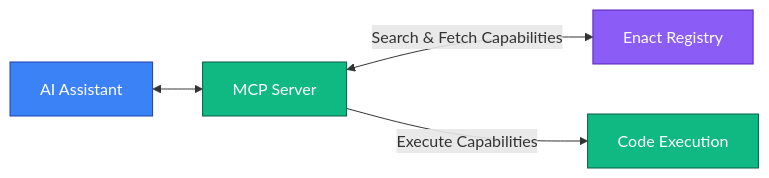
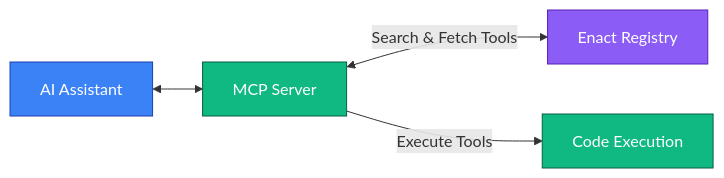
One commit to EnactProtocol/encat-spec-and-tools changed the second of 2 diagrams in README.md. Above: the diagram before and after it, drawn with Mermaid. The commit also changed other lines of this file, not shown here.

Commit message:
update capabilities to tools

````diff
--- a/README.md
+++ b/README.md
@@ -313,15 +313,15 @@
 ```mermaid
 flowchart LR
     AI["AI Assistant"] <--> MCP["MCP Server"]
-    MCP <-->|"Search & Fetch Capabilities"| Registry["Enact Registry"]
-    MCP -->|"Execute Capabilities"| Execution["Code Execution"]
+    MCP <-->|"Search & Fetch Tools"| Registry["Enact Registry"]
+    MCP -->|"Execute Tools"| Execution["Code Execution"]
     
     classDef blue fill:#3b82f6,stroke:#1e40af,color:white
     classDef green fill:#10b981,stroke:#065f46,color:white
     classDef purple fill:#8b5cf6,stroke:#5b21b6,color:white
     
     class AI blue
     class MCP green
     class Registry purple
     class Execution green
 ```
````
